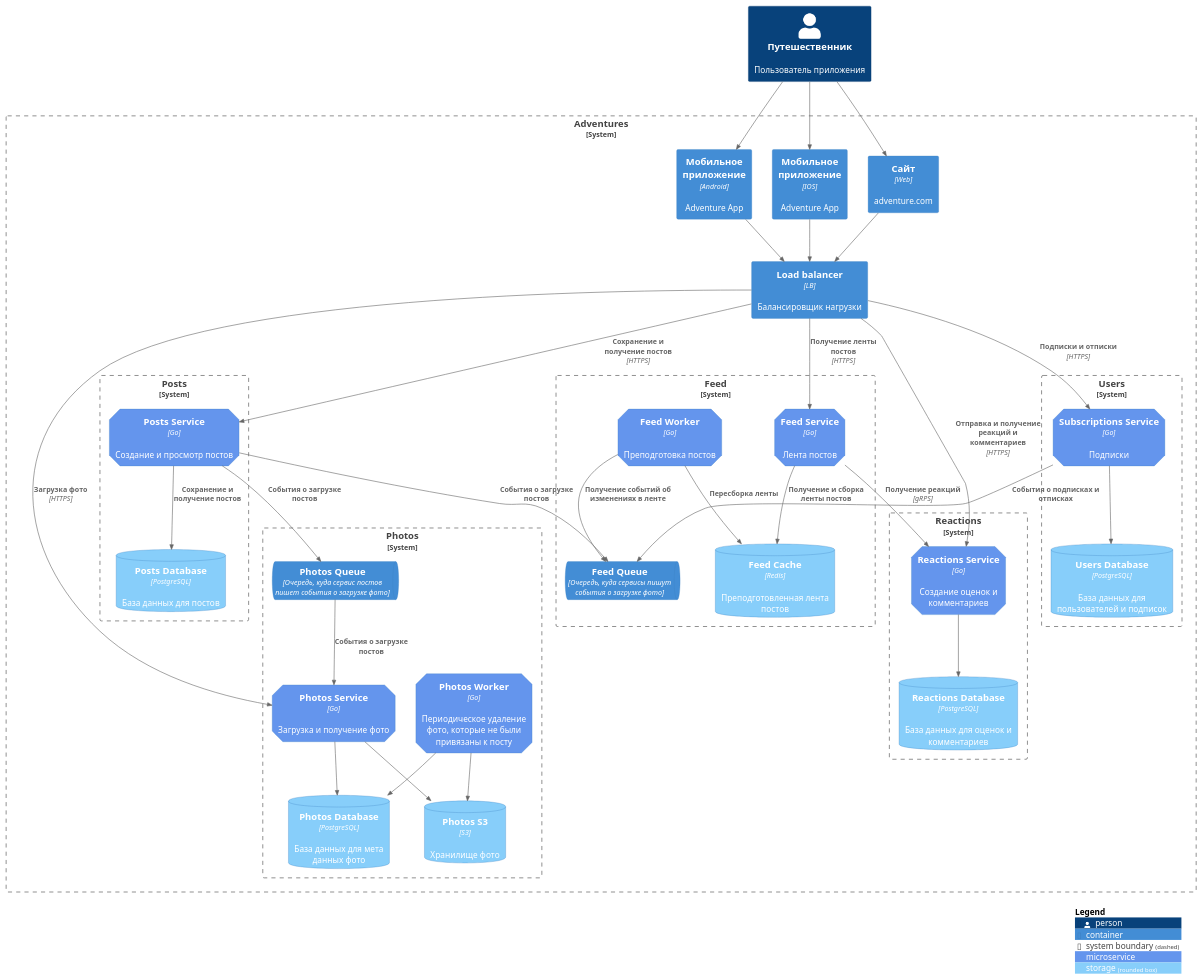
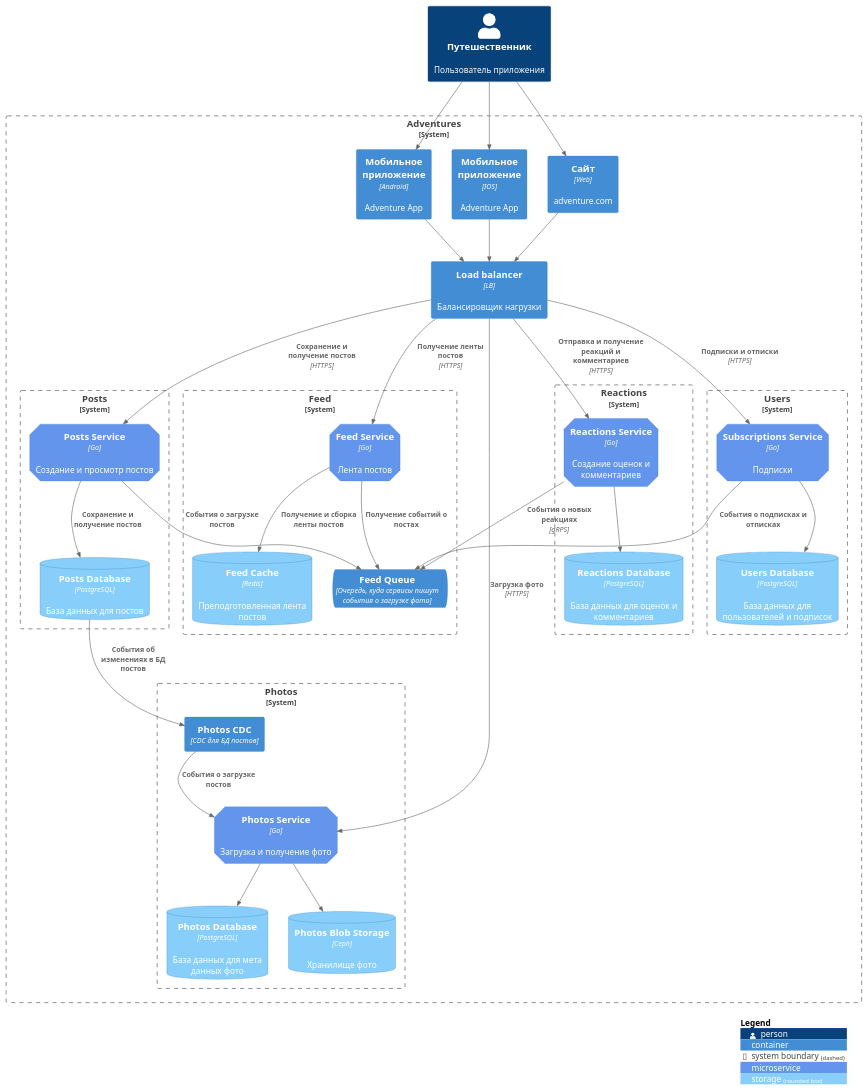
One commit to elizavetamikhailova/social_network_system_design changed the diagram in architecture/containers.md. Above: the diagram before and after it, drawn with PlantUML.

```diff
--- a/architecture/containers.md
+++ b/architecture/containers.md
@@ -19,17 +19,15 @@
 
 System_Boundary(f, "Feed") {
    Container(feed, "Feed Service", "Go", "Лента постов", $tags = "microService")
-   Container(feed_worker, "Feed Worker", "Go", "Преподготовка постов", $tags = "microService")       
    ContainerDb(feed_cache, "Feed Cache", "Redis", "Преподготовленная лента постов", $tags = "storage")
    ContainerQueue(feed_queue, "Feed Queue", "Очередь, куда сервисы пишут события о загрузке фото") 
 }          
 
 System_Boundary(p, "Photos") {
    Container(photos, "Photos Service", "Go", "Загрузка и получение фото", $tags = "microService") 
-   Container(photos_worker, "Photos Worker", "Go", "Периодическое удаление фото, которые не были привязаны к посту", $tags = "microService")           
    ContainerDb(photos_db, "Photos Database", "PostgreSQL", "База данных для мета данных фото", $tags = "storage")
-   ContainerDb(photos_storage, "Photos S3", "S3", "Хранилище фото", $tags = "storage")
-   ContainerQueue(photos_queue, "Photos Queue", "Очередь, куда сервис постов пишет события о загрузке фото") 
+   ContainerDb(photos_storage, "Photos Blob Storage", "Ceph", "Хранилище фото", $tags = "storage")
+   Container(posts_change_data_capture, "Photos CDC", "CDC для БД постов") 
 }     
    
 System_Boundary(r, "Reactions") {
@@ -56,19 +54,17 @@
 
 Rel(load_balancer, feed, "Получение ленты постов", "HTTPS")
 Rel(feed, feed_cache, "Получение и сборка ленты постов", "")
+Rel(feed, feed_queue, "Получение событий о постах", "")
+
 
 Rel(load_balancer, photos, "Загрузка фото", "HTTPS")
 Rel(photos, photos_db, "", "")
 Rel(photos, photos_storage, "", "")
-Rel(photos_worker, photos_db, "", "")
-Rel(photos_worker, photos_storage, "", "")
-Rel(photos_queue, photos, "События о загрузке постов", "")
-Rel(posts, photos_queue, "События о загрузке постов", "")
+Rel(posts_change_data_capture, photos, "События о загрузке постов", "")
+Rel(posts_db, posts_change_data_capture, "События об изменениях в БД постов", "")
 
 Rel(posts, feed_queue, "События о загрузке постов", "")
-Rel(feed_worker, feed_queue, "Получение событий об изменениях в ленте", "")
-Rel(feed_worker, feed_cache, "Пересборка ленты", "")
-Rel(feed, reactions, "Получение реакций", "gRPS")
+Rel(reactions, feed_queue, "События о новых реакциях", "gRPS")
 Rel(subscriptions, feed_queue, "События о подписках и отписках", "")
 
 
```
